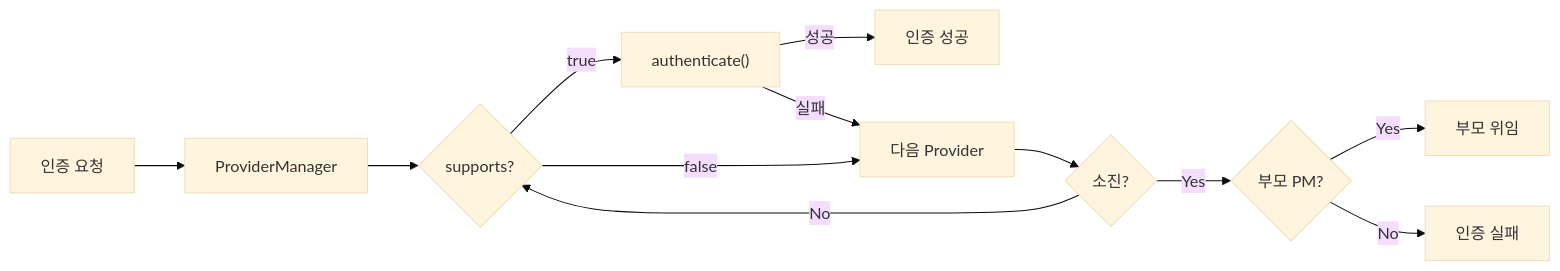
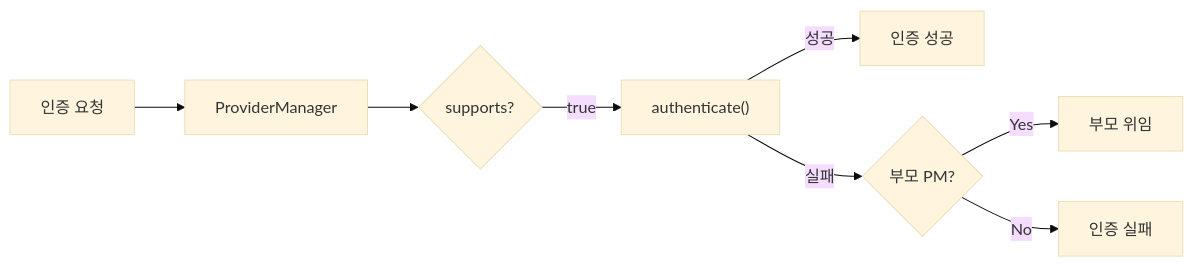
One commit to yjkim2015/yjkim2015.github.io changed the first of 3 diagrams in _posts/security/2021-06-06-AuthenticationManager.md. Above: the diagram before and after it, drawn with Mermaid (base theme). The commit also changed 163 other files, not shown here.

First line of the commit message:
Mermaid 300개 블록 내용 축소: 5노드 5엣지 이하, 의미 있는 약어

````diff
--- a/_posts/security/2021-06-06-AuthenticationManager.md
+++ b/_posts/security/2021-06-06-AuthenticationManager.md
@@ -39,14 +39,10 @@
 ```mermaid
-flowchart LR
+graph LR
     A["인증 요청"] --> B["ProviderManager"]
     B --> C{"supports?"}
     C -->|true| D["authenticate()"]
     D -->|성공| E["인증 성공"]
-    D -->|실패| F["다음 Provider"]
-    C -->|false| F
-    F --> G{"소진?"}
-    G -->|No| C
-    G -->|Yes| H{"부모 PM?"}
+    D -->|실패| H{"부모 PM?"}
     H -->|Yes| I["부모 위임"]
     H -->|No| J["인증 실패"]
 ```
````
